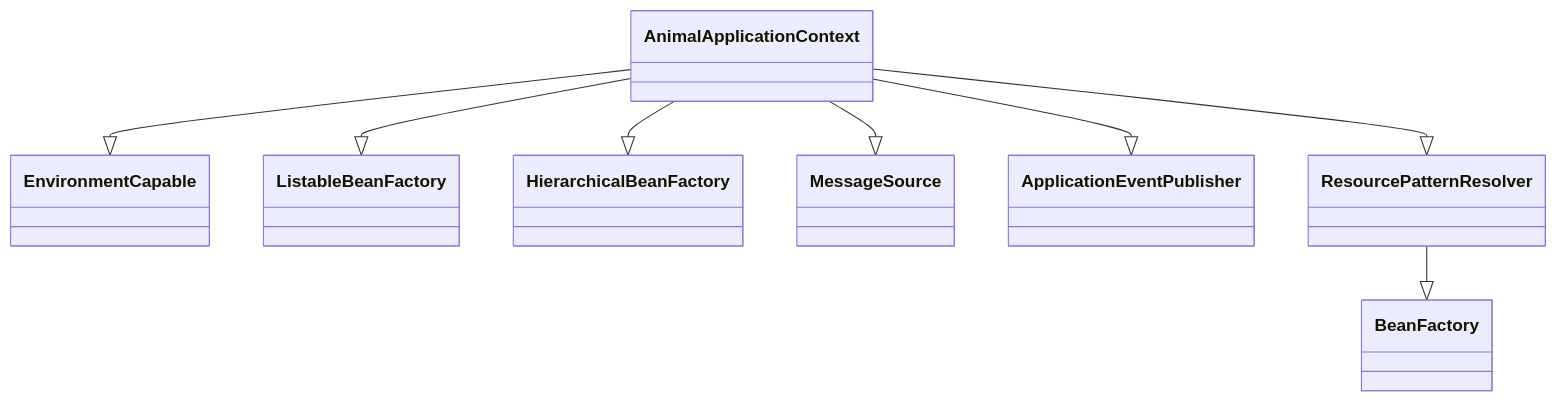
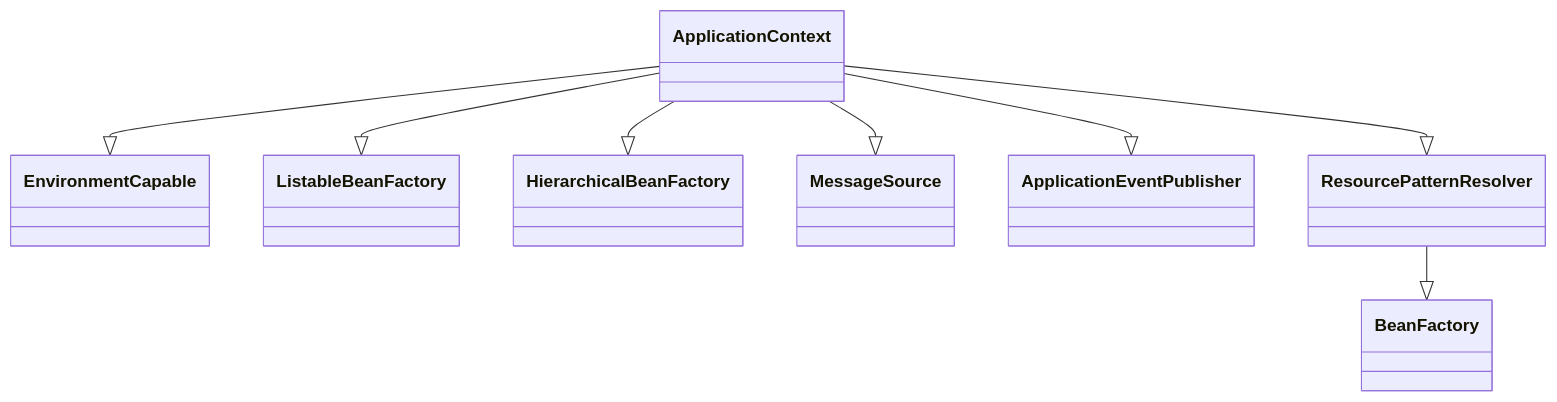
The first of 19 diagrams in dikw/info/di-src/di-src-spring/di-src-spring.md (devopssecotw/devopssecotw.github.io), drawn with Mermaid before and after one commit. The commit also changed other lines of this file and 4 other files, not shown here.

````diff
--- a/dikw/info/di-src/di-src-spring/di-src-spring.md
+++ b/dikw/info/di-src/di-src-spring/di-src-spring.md
@@ -6,12 +10,12 @@
 ```mermaid
 classDiagram
-    AnimalApplicationContext --|> EnvironmentCapable
-    AnimalApplicationContext --|> ListableBeanFactory
-    AnimalApplicationContext --|> HierarchicalBeanFactory
-    AnimalApplicationContext --|> MessageSource
-    AnimalApplicationContext --|> ApplicationEventPublisher
-    AnimalApplicationContext --|> ResourcePatternResolver
+    ApplicationContext --|> EnvironmentCapable
+    ApplicationContext --|> ListableBeanFactory
+    ApplicationContext --|> HierarchicalBeanFactory
+    ApplicationContext --|> MessageSource
+    ApplicationContext --|> ApplicationEventPublisher
+    ApplicationContext --|> ResourcePatternResolver
    
     ResourcePatternResolver --|> BeanFactory
 
 ```
````
